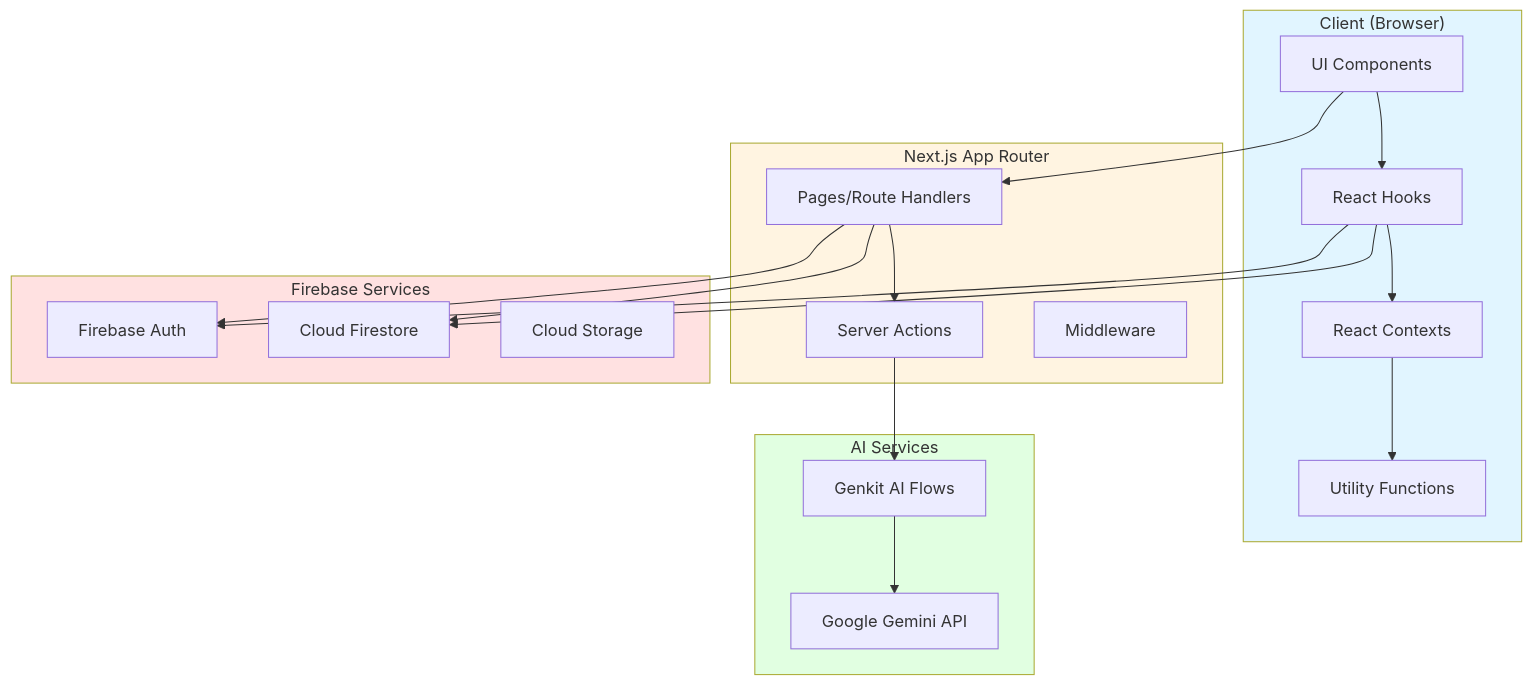
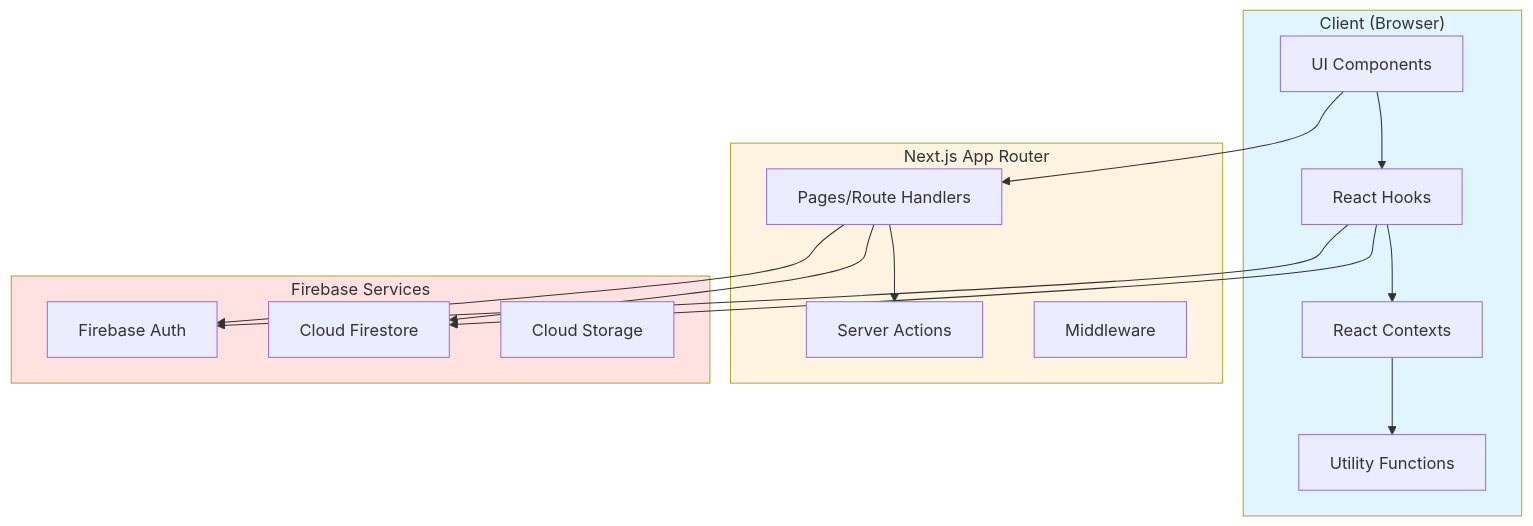
Before and after one commit to prostodeniskdt-dot/studio: the first of 3 diagrams in docs/architecture.md, drawn with Mermaid. The commit also changed other lines of this file and 10 other files, not shown here.

````diff
--- a/docs/architecture.md
+++ b/docs/architecture.md
@@ -20,43 +19,35 @@
 ```mermaid
 graph TB
     subgraph Client["Client (Browser)"]
         UI[UI Components]
         Hooks[React Hooks]
         Context[React Contexts]
         Utils[Utility Functions]
     end
     
     subgraph NextJS["Next.js App Router"]
         Pages[Pages/Route Handlers]
         ServerActions[Server Actions]
         Middleware[Middleware]
     end
     
     subgraph Firebase["Firebase Services"]
         Auth[Firebase Auth]
         Firestore[Cloud Firestore]
         Storage[Cloud Storage]
     end
     
-    subgraph AI["AI Services"]
-        Gemini[Google Gemini API]
-        Genkit[Genkit AI Flows]
-    end
-    
     UI --> Hooks
     Hooks --> Context
     Context --> Utils
     UI --> Pages
     Pages --> ServerActions
     Hooks --> Firestore
     Hooks --> Auth
-    ServerActions --> Genkit
-    Genkit --> Gemini
     Pages --> Firestore
     Pages --> Auth
     
     style Client fill:#e1f5ff
     style NextJS fill:#fff4e1
     style Firebase fill:#ffe1e1
-    style AI fill:#e1ffe1
 ```
````
